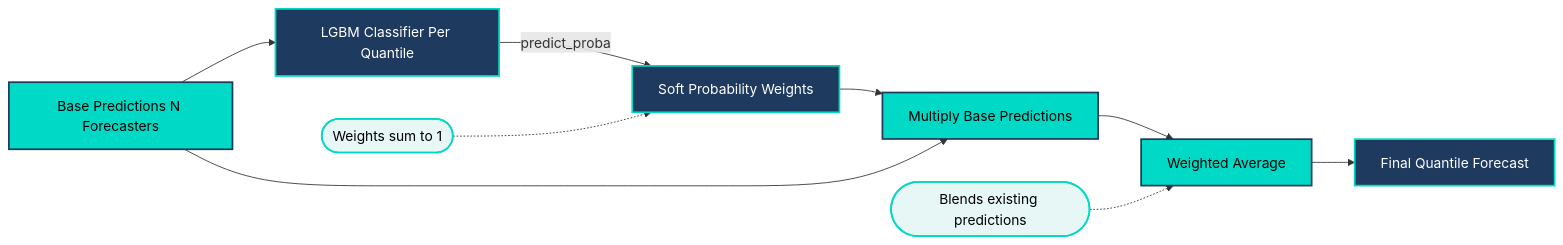
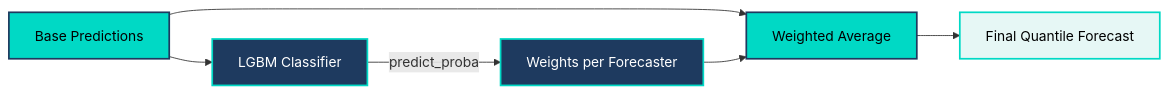
One commit to OpenSTEF/openstef changed the diagram in docs/source/diagrams/user_guide/concepts/metalearning_diagram_2.mmd. Above: the diagram before and after it, drawn with Mermaid. The commit also changed 7 other files, not shown here.

```diff
--- a/docs/source/diagrams/user_guide/concepts/metalearning_diagram_2.mmd
+++ b/docs/source/diagrams/user_guide/concepts/metalearning_diagram_2.mmd
@@ -1,15 +1,14 @@
 graph LR
-    A[Base Predictions N Forecasters] --> B[LGBM Classifier Per Quantile]
-    B -->|predict_proba| C[Soft Probability Weights]
-    C --> D[Multiply Base Predictions]
-    A --> D
-    D --> E[Weighted Average]
-    E --> F[Final Quantile Forecast]
-    G([Weights sum to 1]) -.-> C
-    H([Blends existing predictions]) -.-> E
+    A[Base Predictions] --> B[LGBM Classifier]
+    B -->|predict_proba| C[Weights per Forecaster]
+    A --> D[Weighted Average]
+    C --> D
+    D --> F[Final Quantile Forecast]
+
     classDef primary fill:#00D9C5,stroke:#1E3A5F,stroke-width:2px,color:#000
     classDef secondary fill:#1E3A5F,stroke:#00D9C5,stroke-width:2px,color:#fff
     classDef accent fill:#e6f7f5,stroke:#00D9C5,stroke-width:2px,color:#000
-    class A,D,E primary
-    class B,C,F secondary
-    class G,H accent
+
+    class A,D primary
+    class B,C secondary
+    class F accent
```
